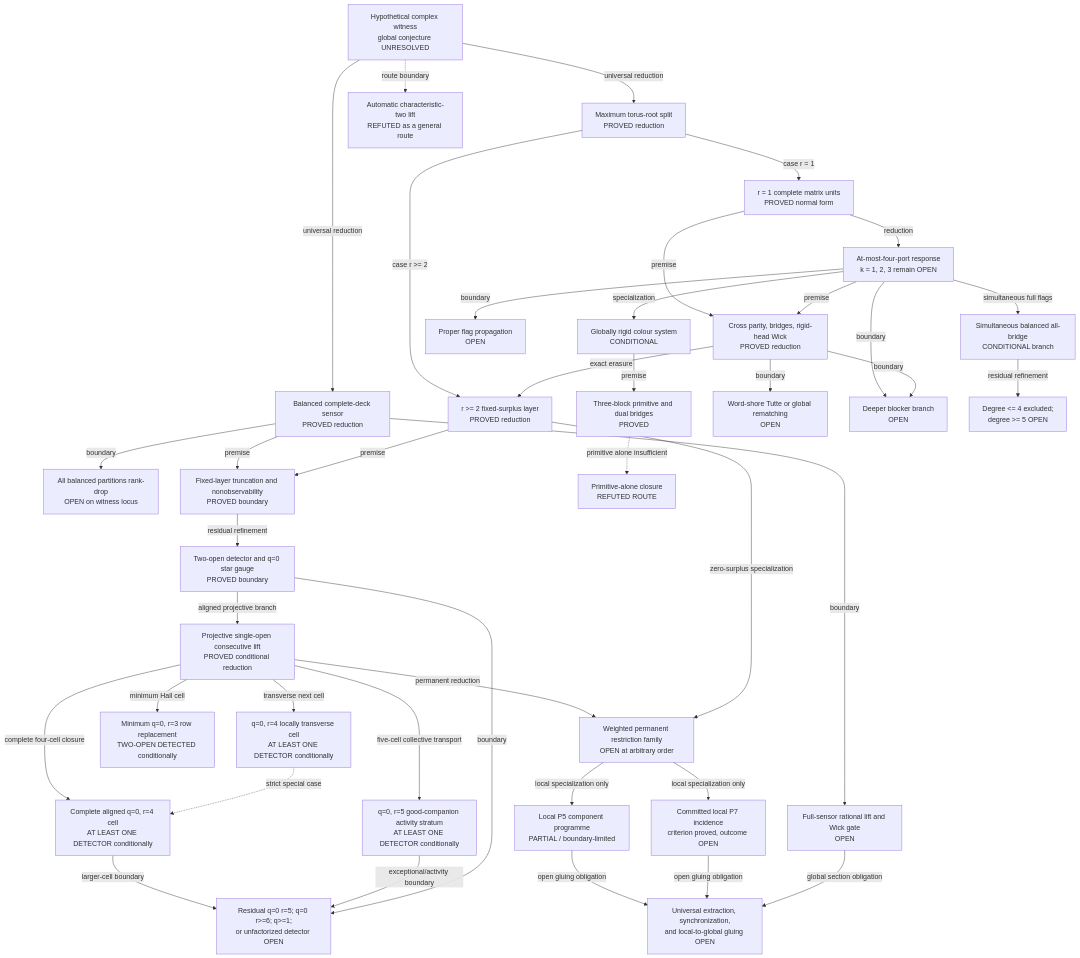
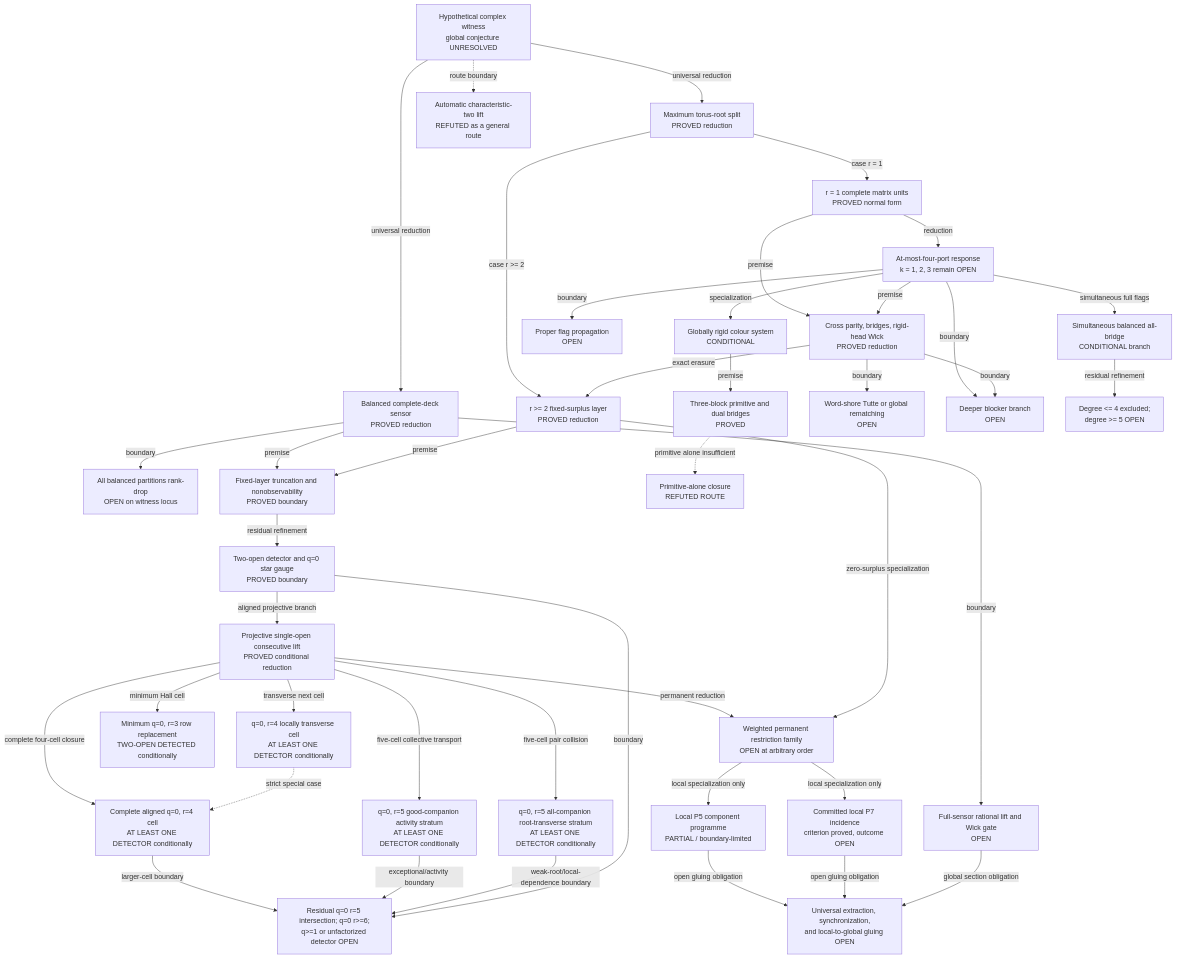
Before and after one commit to YesterdaysLemon/krenn-gu-research: the diagram in docs/current-frontier.md, drawn with Mermaid. The commit also changed other lines of this file and 6 other files, not shown here.

Commit message:
Prove five-cell all-companion detector (#89)

```diff
--- a/docs/current-frontier.md
+++ b/docs/current-frontier.md
@@ -58,7 +58,8 @@
   O2T["q=0, r=4 locally transverse cell<br/>AT LEAST ONE DETECTOR conditionally"]
   O2F["Complete aligned q=0, r=4 cell<br/>AT LEAST ONE DETECTOR conditionally"]
   O2V["q=0, r=5 good-companion activity stratum<br/>AT LEAST ONE DETECTOR conditionally"]
-  O3["Residual q=0 r=5; q=0 r>=6; q>=1;<br/>or unfactorized detector OPEN"]
+  O2A["q=0, r=5 all-companion root-transverse stratum<br/>AT LEAST ONE DETECTOR conditionally"]
+  O3["Residual q=0 r=5 intersection; q=0 r>=6;<br/>q>=1 or unfactorized detector OPEN"]
 
   U1["r = 1 complete matrix units<br/>PROVED normal form"]
   U2["At-most-four-port response<br/>k = 1, 2, 3 remain OPEN"]
@@ -94,9 +95,11 @@
   O2P -->|transverse next cell| O2T
   O2P -->|complete four-cell closure| O2F
   O2P -->|five-cell collective transport| O2V
+  O2P -->|five-cell pair collision| O2A
   O2T -. strict special case .-> O2F
   O2F -->|larger-cell boundary| O3
   O2V -->|exceptional/activity boundary| O3
+  O2A -->|weak-root/local-dependence boundary| O3
   O2 -->|boundary| O3
   M2 -->|zero-surplus specialization| PR
 
```
